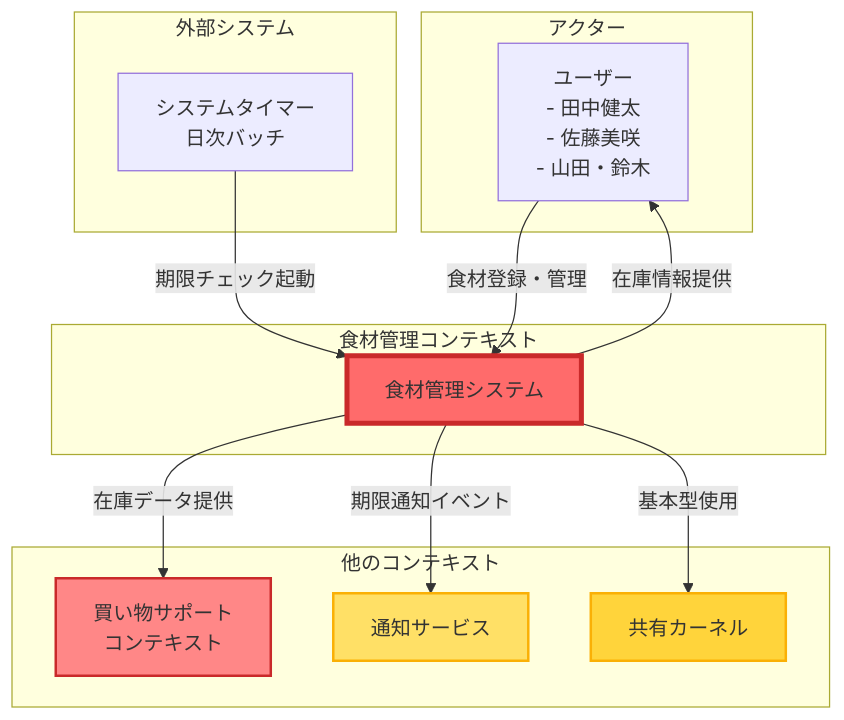
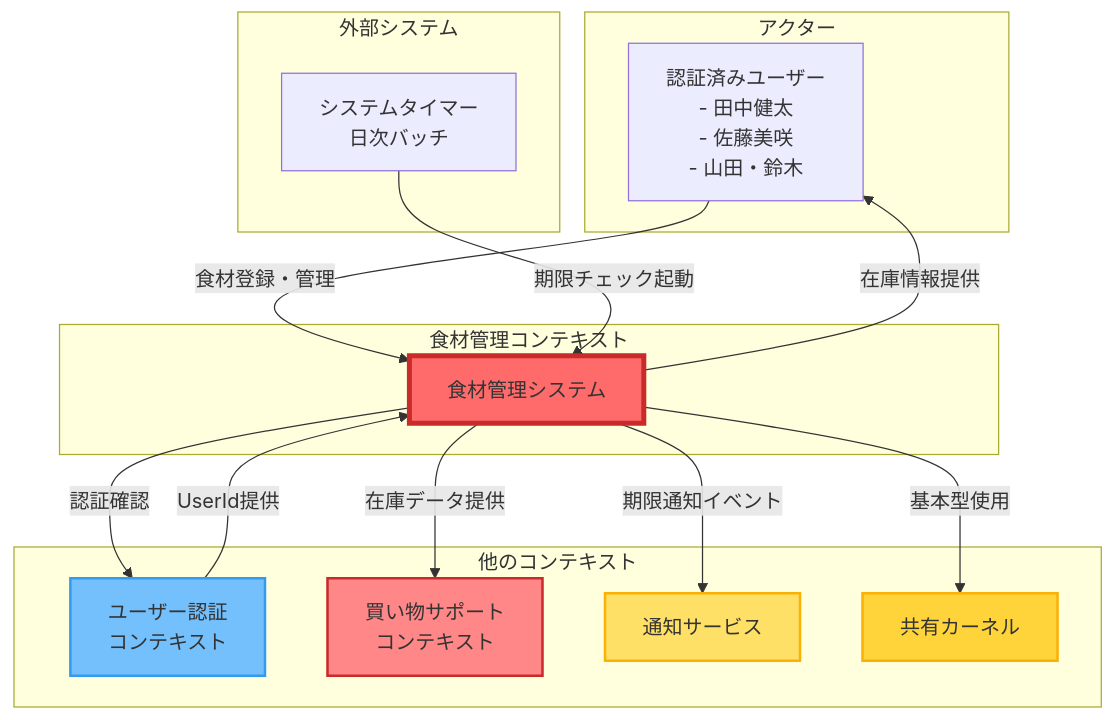
One commit to komei0727/all_in_one changed the first of 6 diagrams in docs/domain/contexts/ingredient-management/sudo-modeling.md. Above: the diagram before and after it, drawn with Mermaid. The commit also changed other lines of this file and 25 other files, not shown here.

````diff
--- a/docs/domain/contexts/ingredient-management/sudo-modeling.md
+++ b/docs/domain/contexts/ingredient-management/sudo-modeling.md
@@ -12,37 +12,41 @@
 ```mermaid
 graph TB
     subgraph "アクター"
-        USER[ユーザー<br/>- 田中健太<br/>- 佐藤美咲<br/>- 山田・鈴木]
+        USER[認証済みユーザー<br/>- 田中健太<br/>- 佐藤美咲<br/>- 山田・鈴木]
     end
 
     subgraph "食材管理コンテキスト"
         IM[食材管理システム]
     end
 
     subgraph "他のコンテキスト"
+        UA[ユーザー認証<br/>コンテキスト]
         SS[買い物サポート<br/>コンテキスト]
         NT[通知サービス]
         SK[共有カーネル]
     end
 
     subgraph "外部システム"
         TIMER[システムタイマー<br/>日次バッチ]
     end
 
     %% アクターとの関係
     USER -->|食材登録・管理| IM
     IM -->|在庫情報提供| USER
 
     %% 他コンテキストとの関係
+    UA -->|UserId提供| IM
+    IM -->|認証確認| UA
     IM -->|在庫データ提供| SS
     IM -->|期限通知イベント| NT
     IM -->|基本型使用| SK
 
     %% 外部システムとの関係
     TIMER -->|期限チェック起動| IM
 
     style IM fill:#ff6b6b,stroke:#c92a2a,stroke-width:4px
+    style UA fill:#74c0fc,stroke:#339af0,stroke-width:2px
     style SS fill:#ff8787,stroke:#c92a2a,stroke-width:2px
     style NT fill:#ffe066,stroke:#fab005,stroke-width:2px
     style SK fill:#ffd43b,stroke:#fab005,stroke-width:2px
 ```
````
